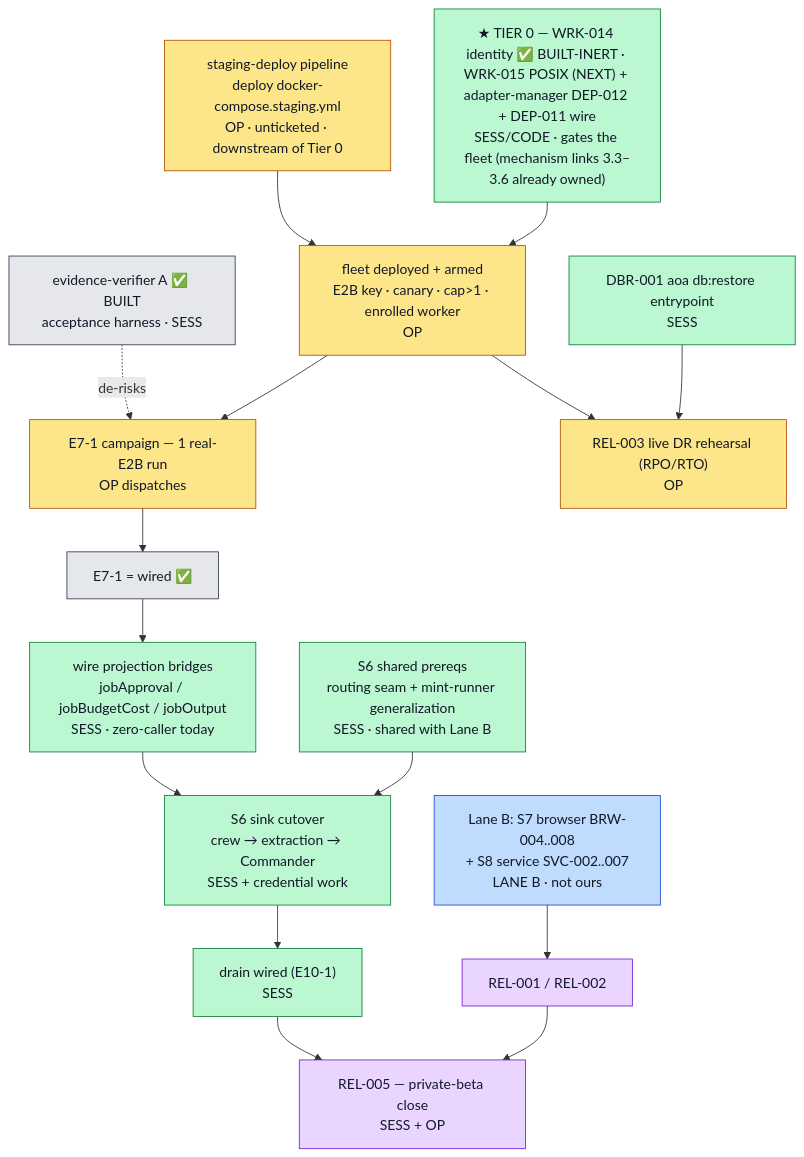
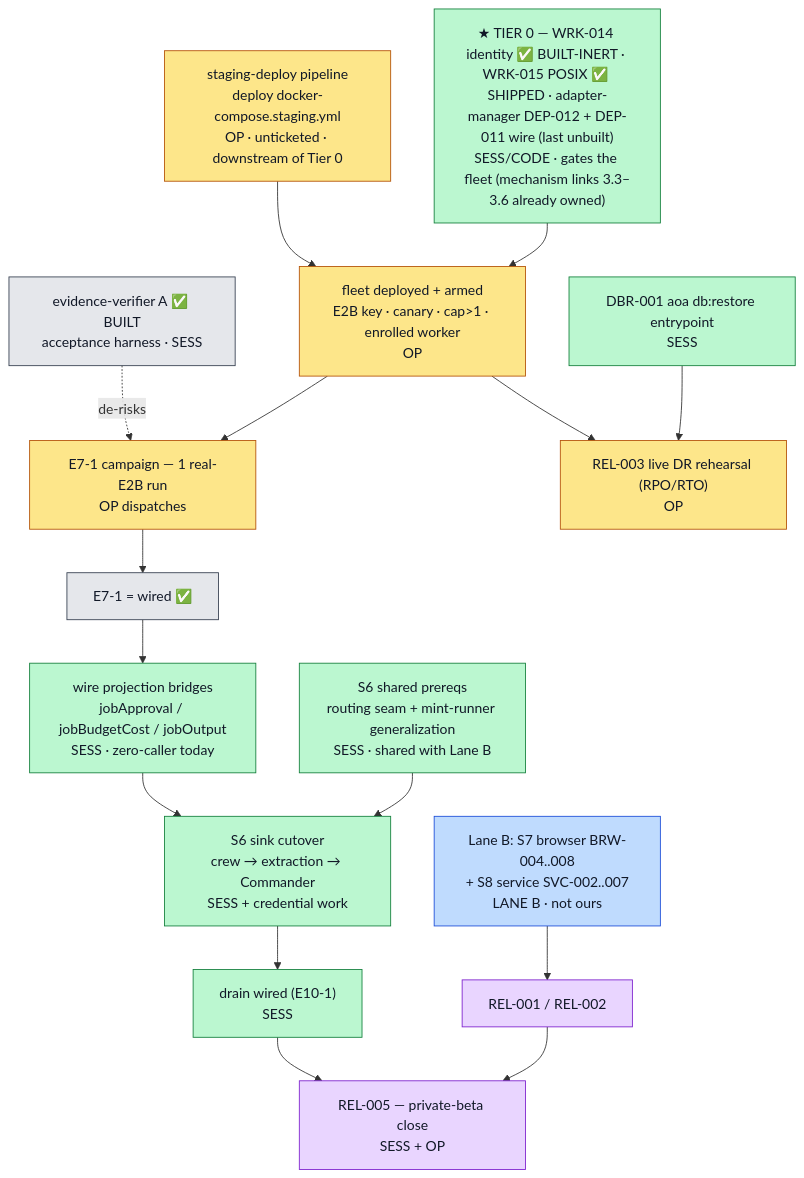
The diagram in docs/replatform/GO-BOOK.md (MeteoriteLabs/AoA), drawn with Mermaid before and after one commit. The commit also changed other lines of this file and 10 other files, not shown here.

````diff
--- a/docs/replatform/GO-BOOK.md
+++ b/docs/replatform/GO-BOOK.md
@@ -162,34 +169,34 @@
 ```mermaid
 flowchart TD
   V["evidence-verifier A ✅ BUILT<br/>acceptance harness · SESS"]:::done
   C0["staging-deploy pipeline<br/>deploy docker-compose.staging.yml<br/>OP · unticketed · downstream of Tier 0"]:::op
-  D11["★ TIER 0 — WRK-014 identity ✅ BUILT-INERT · WRK-015 POSIX (NEXT) + adapter-manager DEP-012 + DEP-011 wire<br/>SESS/CODE · gates the fleet (mechanism links 3.3–3.6 already owned)"]:::sess
+  D11["★ TIER 0 — WRK-014 identity ✅ BUILT-INERT · WRK-015 POSIX ✅ SHIPPED · adapter-manager DEP-012 + DEP-011 wire (last unbuilt)<br/>SESS/CODE · gates the fleet (mechanism links 3.3–3.6 already owned)"]:::sess
   C2["fleet deployed + armed<br/>E2B key · canary · cap&gt;1 · enrolled worker<br/>OP"]:::op
   C3["E7-1 campaign — 1 real-E2B run<br/>OP dispatches"]:::op
   CW["E7-1 = wired ✅"]:::done
   BR["wire projection bridges<br/>jobApproval / jobBudgetCost / jobOutput<br/>SESS · zero-caller today"]:::sess
   RT["S6 shared prereqs<br/>routing seam + mint-runner generalization<br/>SESS · shared with Lane B"]:::sess
   SK["S6 sink cutover<br/>crew → extraction → Commander<br/>SESS + credential work"]:::sess
   DR["drain wired (E10-1)<br/>SESS"]:::sess
   R5["REL-005 — private-beta close<br/>SESS + OP"]:::mix
   LB["Lane B: S7 browser BRW-004..008<br/>+ S8 service SVC-002..007<br/>LANE B · not ours"]:::laneb
   R1["REL-001 / REL-002"]:::mix
   DBR["DBR-001 aoa db:restore entrypoint<br/>SESS"]:::sess
   R3["REL-003 live DR rehearsal (RPO/RTO)<br/>OP"]:::op
 
   V -.->|de-risks| C3
   C0 --> C2
   D11 --> C2
   C2 --> C3 --> CW --> BR --> SK
   RT --> SK
   SK --> DR --> R5
   LB --> R1 --> R5
   DBR --> R3
   C2 --> R3
 
   classDef op fill:#fde68a,stroke:#b45309,color:#111827;
   classDef sess fill:#bbf7d0,stroke:#15803d,color:#111827;
   classDef laneb fill:#bfdbfe,stroke:#1d4ed8,color:#111827;
   classDef done fill:#e5e7eb,stroke:#374151,color:#111827;
   classDef mix fill:#e9d5ff,stroke:#7e22ce,color:#111827;
 ```
````
